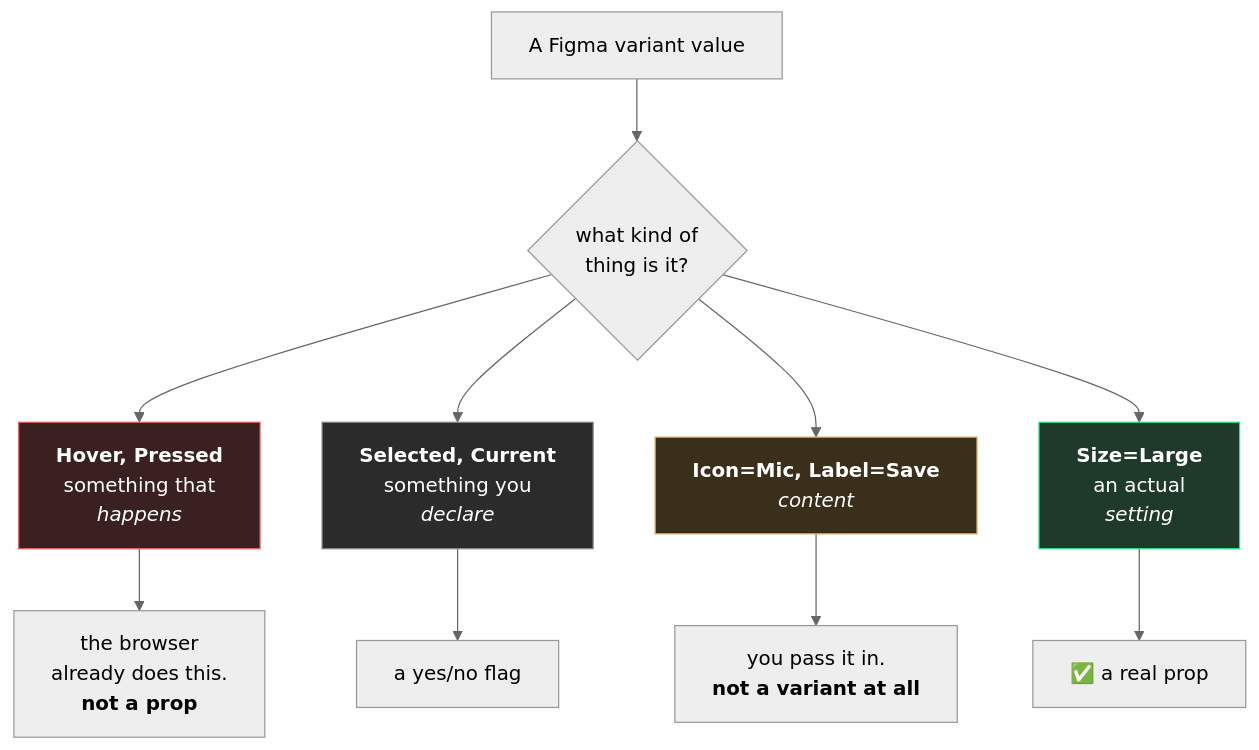
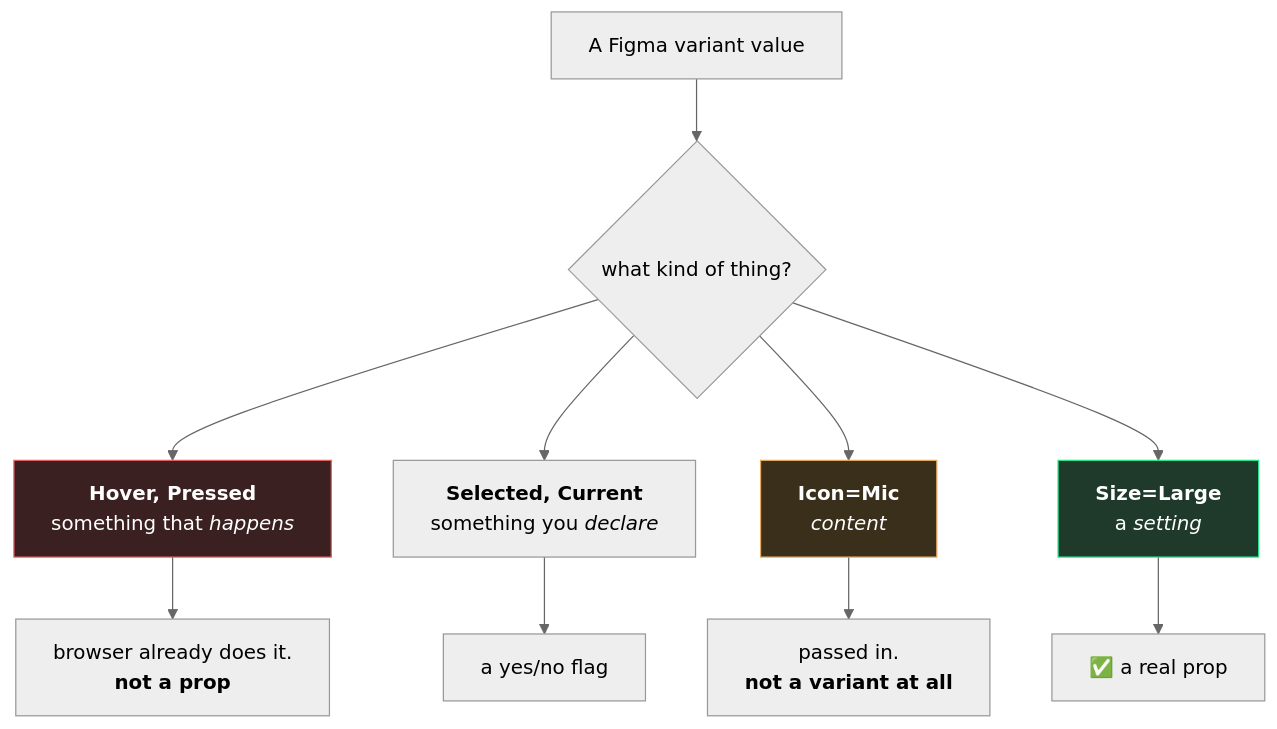
The first of 3 diagrams in docs/documentation/06-from-figma-to-component.md (cris-achiardi/weave-ds-template), drawn with Mermaid (neutral theme) before and after one commit. The commit also changed other lines of this file and 6 other files, not shown here.

````diff
--- a/docs/documentation/06-from-figma-to-component.md
+++ b/docs/documentation/06-from-figma-to-component.md
@@ -23,18 +16,15 @@
 ```mermaid
 flowchart TD
-  V["A Figma variant value"] --> Q{"what kind of<br/>thing is it?"}
-  Q --> S["<b>Hover, Pressed</b><br/>something that<br/><i>happens</i>"]
-  Q --> D["<b>Selected, Current</b><br/>something you<br/><i>declare</i>"]
-  Q --> C["<b>Icon=Mic, Label=Save</b><br/><i>content</i>"]
-  Q --> P["<b>Size=Large</b><br/>an actual<br/><i>setting</i>"]
-
-  S --> SR["the browser<br/>already does this.<br/><b>not a prop</b>"]
+  V["A Figma variant value"] --> Q{"what kind of thing?"}
+  Q --> S["<b>Hover, Pressed</b><br/>something that <i>happens</i>"]
+  Q --> D["<b>Selected, Current</b><br/>something you <i>declare</i>"]
+  Q --> C["<b>Icon=Mic</b><br/><i>content</i>"]
+  Q --> P["<b>Size=Large</b><br/>a <i>setting</i>"]
+  S --> SR["browser already does it.<br/><b>not a prop</b>"]
   D --> DR["a yes/no flag"]
-  C --> CR["you pass it in.<br/><b>not a variant at all</b>"]
+  C --> CR["passed in.<br/><b>not a variant at all</b>"]
   P --> PR["✅ a real prop"]
-
   style S fill:#3a2020,stroke:#e56161,color:#fff
   style C fill:#3a2f1a,stroke:#e5a961,color:#fff
   style P fill:#1f3a2a,stroke:#26e589,color:#fff
-  style D fill:#2b2b2b,stroke:#888,color:#fff
 ```
````
